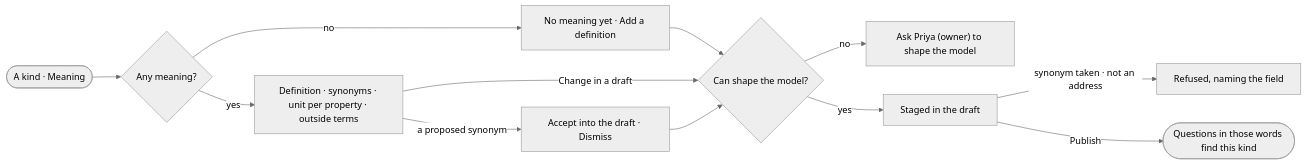
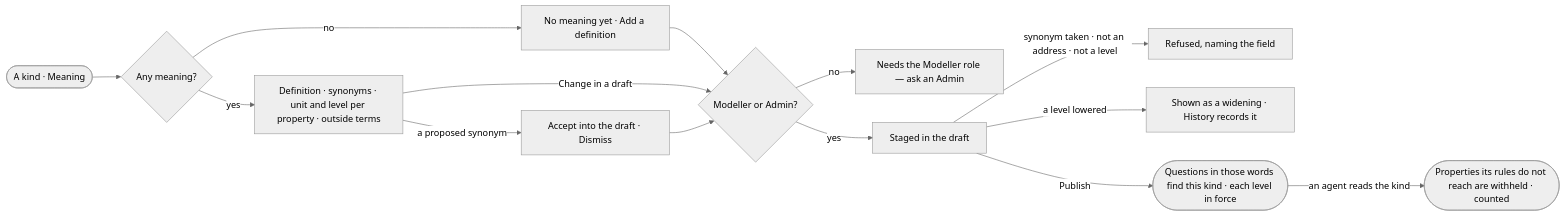
Before and after one commit to invana/invana: the diagram in specs/capabilities/semantics/features/SE-F03-meaning/stories/SE-20-say-what-a-kind-means/story.md, drawn with Mermaid (neutral theme). The commit also changed other lines of this file and 300 other files, not shown here.

````diff
--- a/specs/capabilities/semantics/features/SE-F03-meaning/stories/SE-20-say-what-a-kind-means/story.md
+++ b/specs/capabilities/semantics/features/SE-F03-meaning/stories/SE-20-say-what-a-kind-means/story.md
@@ -27,13 +29,15 @@
 ```mermaid
 flowchart LR
   a([A kind · Meaning]) --> m{Any meaning?}
   m -->|no| e["No meaning yet · Add a definition"]
-  m -->|yes| r["Definition · synonyms · unit per property · outside terms"]
-  r -->|Change in a draft| c{Can shape the model?}
+  m -->|yes| r["Definition · synonyms · unit and level per property · outside terms"]
+  r -->|Change in a draft| c{Modeller or Admin?}
   e --> c
-  c -->|no| na["Ask Priya (owner) to shape the model"]
+  c -->|no| na["Needs the Modeller role — ask an Admin"]
   c -->|yes| s["Staged in the draft"]
-  s -->|synonym taken · not an address| x["Refused, naming the field"]
-  s -->|Publish| p(["Questions in those words find this kind"])
+  s -->|synonym taken · not an address · not a level| x["Refused, naming the field"]
+  s -->|a level lowered| w["Shown as a widening · History records it"]
+  s -->|Publish| p(["Questions in those words find this kind · each level in force"])
   r -->|a proposed synonym| pr["Accept into the draft · Dismiss"] --> c
+  p -->|an agent reads the kind| rd(["Properties its rules do not reach are withheld · counted"])
 ```
````
